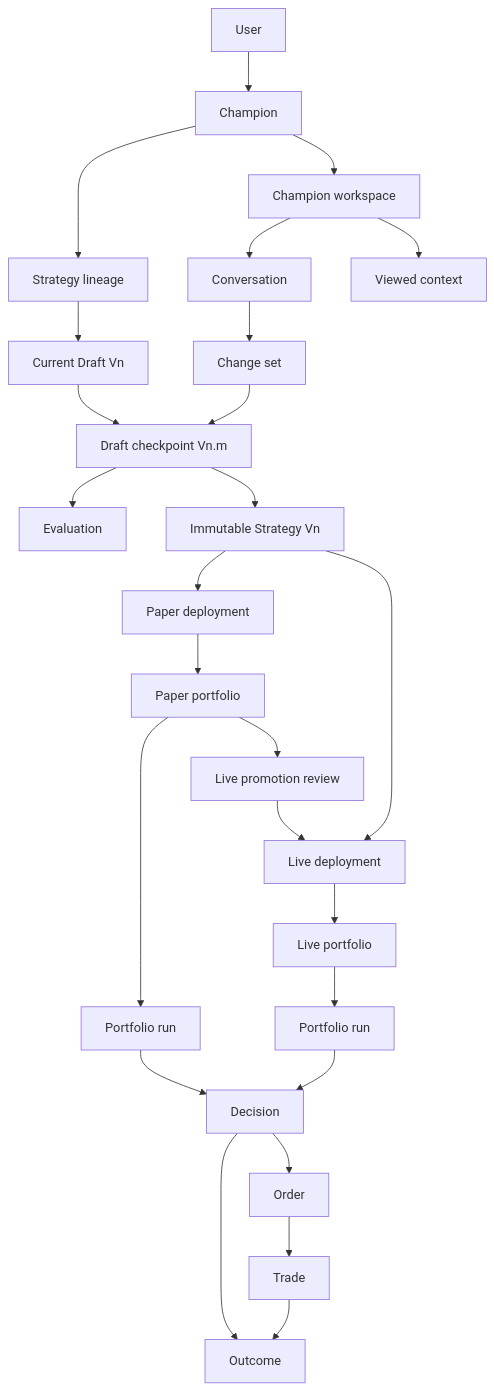
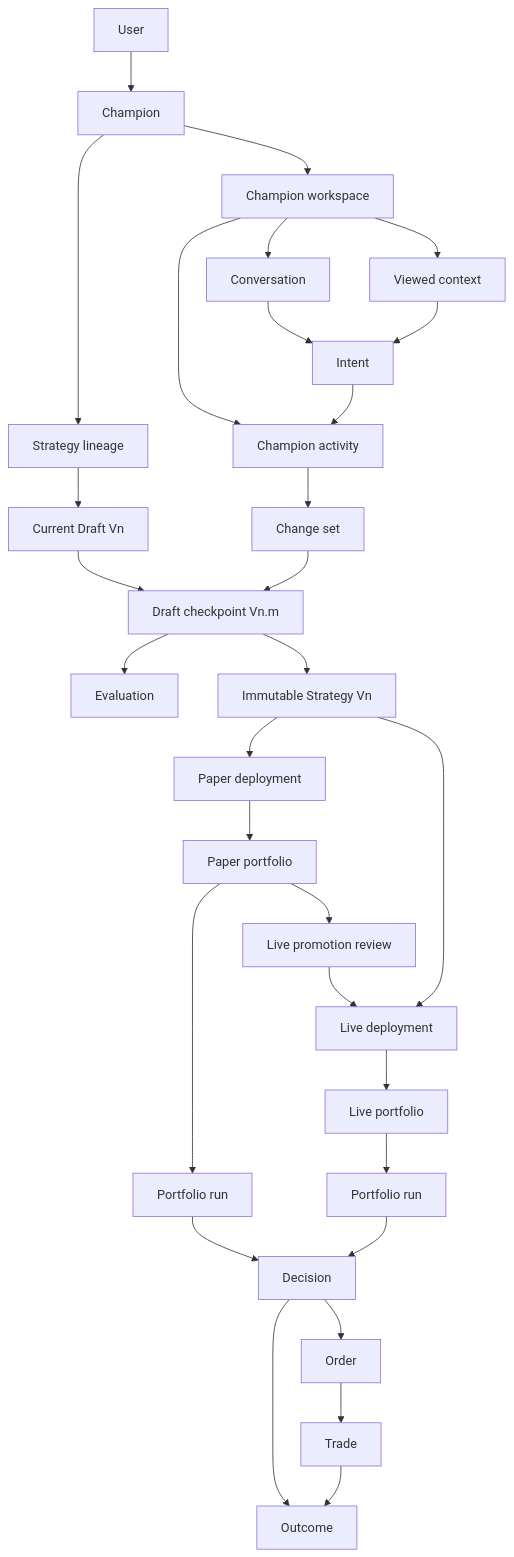
One commit to moosefroggo/vantheon-architecture changed the diagram in docs/domain-model.md. Above: the diagram before and after it, drawn with Mermaid. The commit also changed other lines of this file and 10 other files, not shown here.

````diff
--- a/docs/domain-model.md
+++ b/docs/domain-model.md
@@ -11,28 +11,32 @@
 ```mermaid
 flowchart TD
     U["User"] --> C["Champion"]
     C --> W["Champion workspace"]
     C --> L["Strategy lineage"]
     W --> CO["Conversation"]
+    W --> A["Champion activity"]
     W --> VC["Viewed context"]
     L --> D["Current Draft Vn"]
     D --> CP["Draft checkpoint Vn.m"]
-    CO --> CS["Change set"]
+    CO --> IN["Intent"]
+    VC --> IN
+    IN --> A
+    A --> CS["Change set"]
     CS --> CP
     CP --> E["Evaluation"]
     CP --> S["Immutable Strategy Vn"]
     S --> PD["Paper deployment"]
     PD --> PP["Paper portfolio"]
     PP --> PR["Portfolio run"]
     PP --> LP["Live promotion review"]
     LP --> LD["Live deployment"]
     S --> LD
     LD --> LIVE["Live portfolio"]
     LIVE --> LR["Portfolio run"]
     PR --> DE["Decision"]
     LR --> DE
     DE --> O["Order"]
     O --> T["Trade"]
     DE --> OUT["Outcome"]
     T --> OUT
 ```
````
